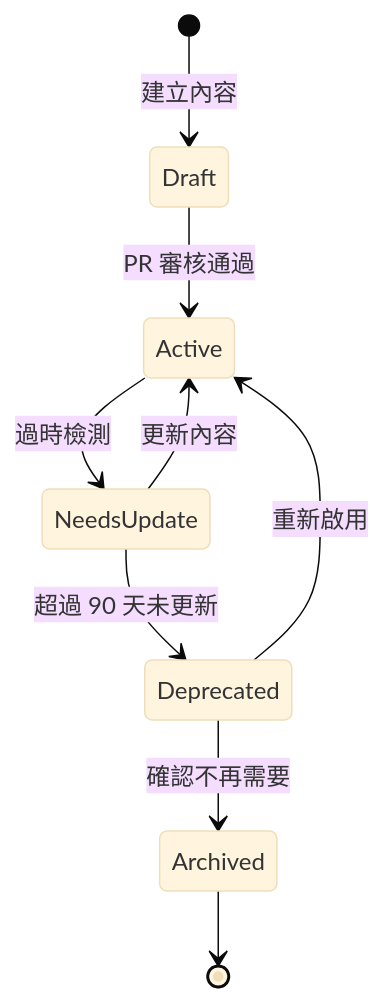
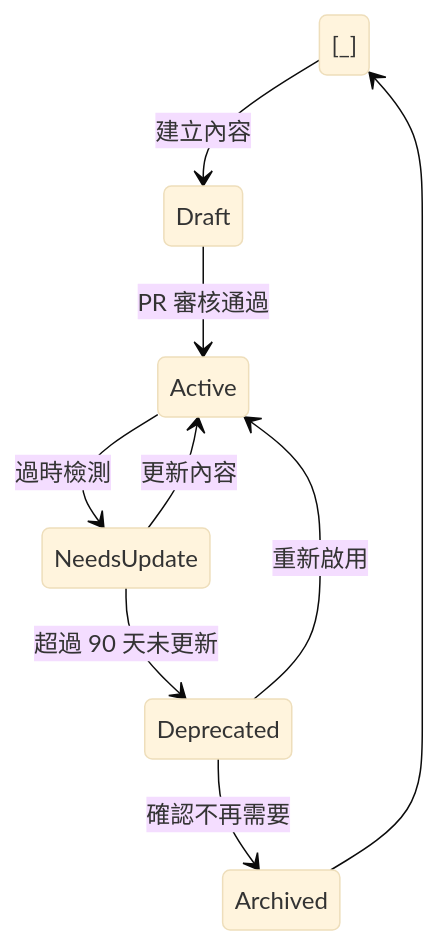
The sixth of 10 diagrams in iisi-copilot-main/tutorials/AI/Agentic AI 與 LLM wiki Repo建立教學手冊.md (IISI-2009004/copilot-projetc-test), drawn with Mermaid (base theme) before and after one commit. The commit also changed other lines of this file and 214 other files, not shown here.

```diff
--- a/iisi-copilot-main/tutorials/AI/Agentic AI 與 LLM wiki Repo建立教學手冊.md
+++ b/iisi-copilot-main/tutorials/AI/Agentic AI 與 LLM wiki Repo建立教學手冊.md
@@ -2224,11 +2265,11 @@
 {{< mermaid >}}
 stateDiagram-v2
-    [*] --> Draft: 建立內容
-    Draft --> Active: PR 審核通過
-    Active --> NeedsUpdate: 過時檢測
-    NeedsUpdate --> Active: 更新內容
-    NeedsUpdate --> Deprecated: 超過 90 天未更新
-    Deprecated --> Active: 重新啟用
-    Deprecated --> Archived: 確認不再需要
-    Archived --> [*]
+[_] --> Draft: 建立內容
+Draft --> Active: PR 審核通過
+Active --> NeedsUpdate: 過時檢測
+NeedsUpdate --> Active: 更新內容
+NeedsUpdate --> Deprecated: 超過 90 天未更新
+Deprecated --> Active: 重新啟用
+Deprecated --> Archived: 確認不再需要
+Archived --> [_]
 {{< /mermaid >}}
```
